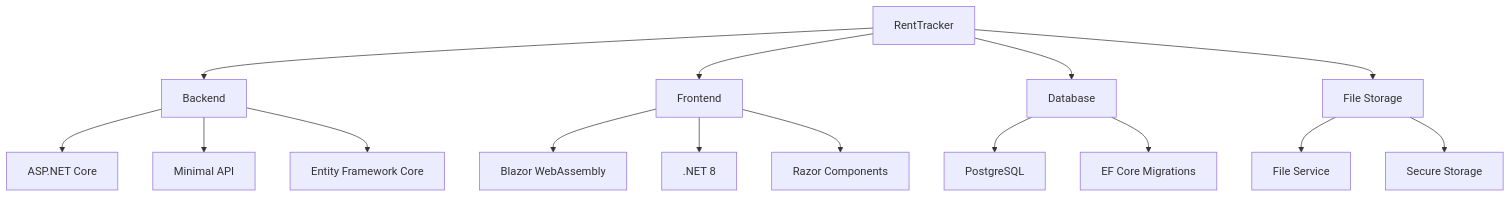
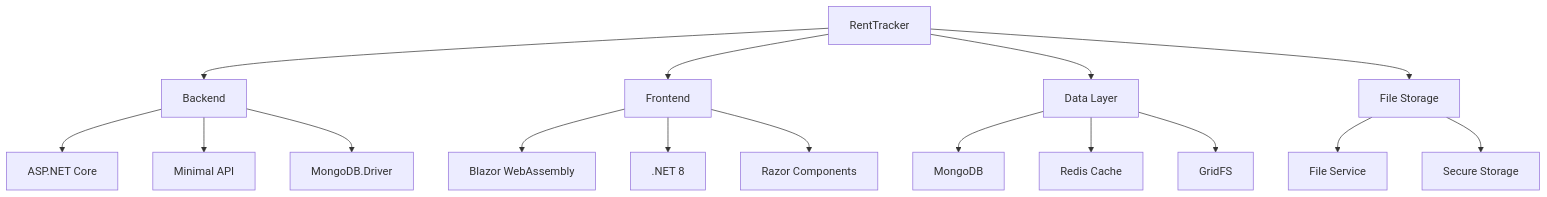
The second of 8 diagrams in README.md (rohanmarathe567-code/RentTracker), drawn with Mermaid before and after one commit. The commit also changed other lines of this file and 4 other files, not shown here.

````diff
--- a/README.md
+++ b/README.md
@@ -235,21 +296,22 @@
 ```mermaid
 graph TD
     A[RentTracker] --> B[Backend]
     A --> C[Frontend]
-    A --> D[Database]
+    A --> D[Data Layer]
     A --> E[File Storage]
     
     B --> B1[ASP.NET Core]
     B --> B2[Minimal API]
-    B --> B3[Entity Framework Core]
+    B --> B3[MongoDB.Driver]
     
     C --> C1[Blazor WebAssembly]
     C --> C2[.NET 8]
     C --> C3[Razor Components]
     
-    D --> D1[PostgreSQL]
-    D --> D2[EF Core Migrations]
+    D --> D1[MongoDB]
+    D --> D2[Redis Cache]
+    D --> D3[GridFS]
     
     E --> E1[File Service]
     E --> E2[Secure Storage]
 ```
````
